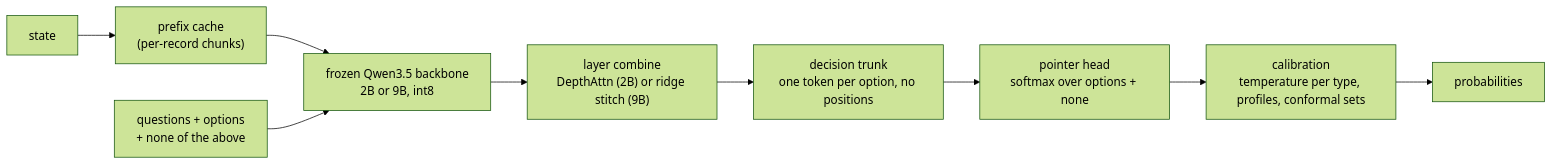
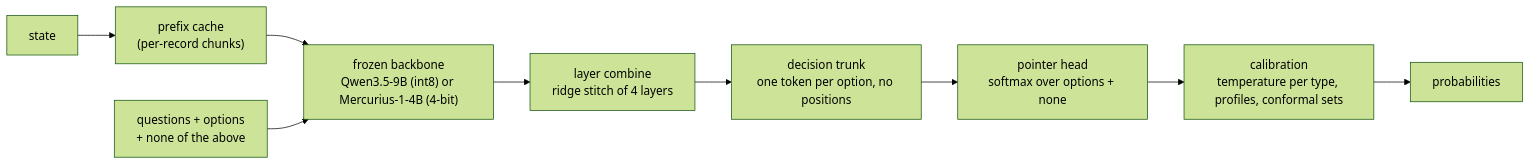
One commit to Minerva-Laboratories/OpenDecider changed the diagram in README.md. Above: the diagram before and after it, drawn with Mermaid (forest theme). The commit also changed other lines of this file and 3 other files, not shown here.

````diff
--- a/README.md
+++ b/README.md
@@ -292,11 +324,11 @@
 ```mermaid
 flowchart LR
   S[state] --> C["prefix cache<br/>(per-record chunks)"]
-  C --> B["frozen Qwen3.5 backbone<br/>2B or 9B, int8"]
+  C --> B["frozen backbone<br/>Qwen3.5-9B (int8) or Mercurius-1-4B (4-bit)"]
   Q["questions + options<br/>+ none of the above"] --> B
-  B --> L["layer combine<br/>DepthAttn (2B) or ridge stitch (9B)"]
+  B --> L["layer combine<br/>ridge stitch of 4 layers"]
   L --> T["decision trunk<br/>one token per option, no positions"]
   T --> H["pointer head<br/>softmax over options + none"]
   H --> P["calibration<br/>temperature per type, profiles, conformal sets"]
   P --> O["probabilities"]
 ```
````
